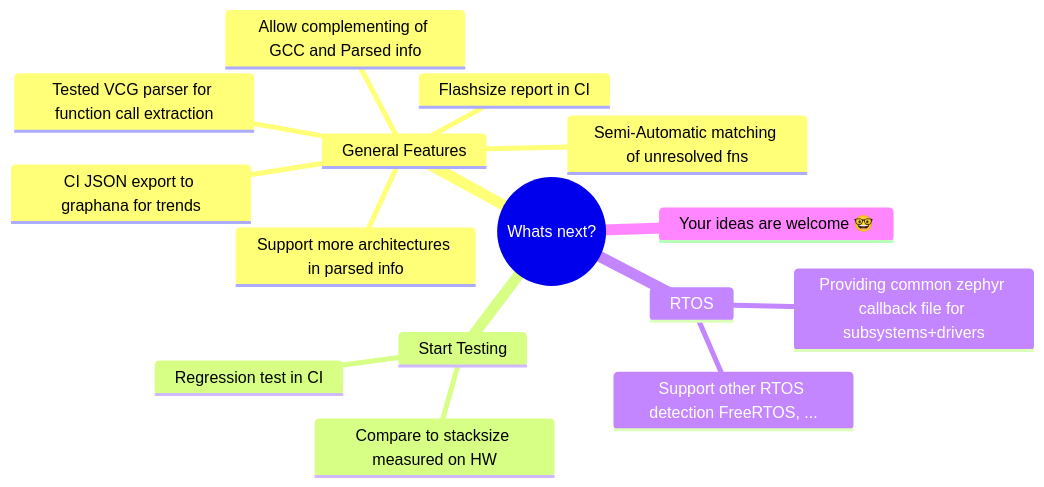
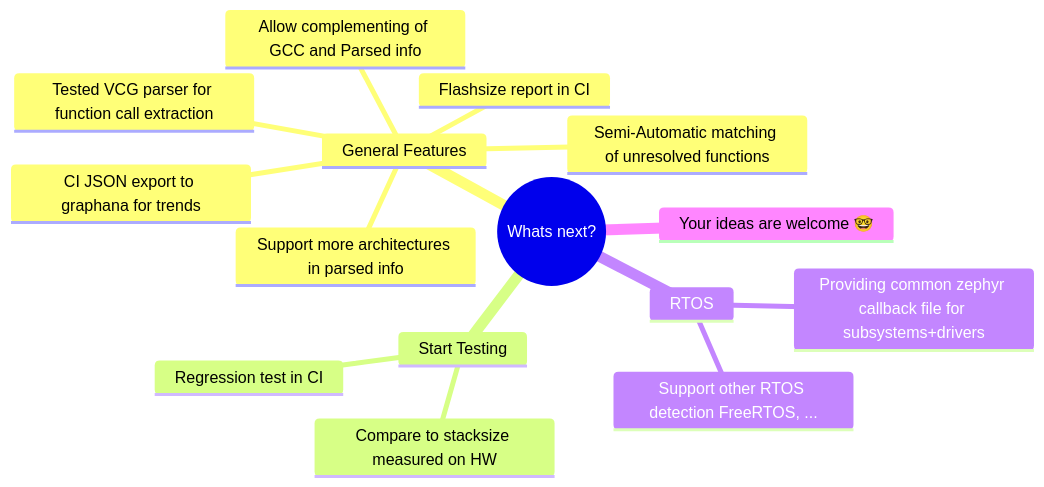
The fourth of 4 diagrams in pages/02_howToStackEstimation.md (paulwuertz/static_firmware_analysis_presentations_slides), drawn with Mermaid before and after one commit. The commit also changed other lines of this file and 4 other files, not shown here.

````diff
--- a/pages/02_howToStackEstimation.md
+++ b/pages/02_howToStackEstimation.md
@@ -388,20 +499,20 @@
 ```mermaid
 mindmap
   root((Whats next?))
     General Features
       Flashsize report in CI
-      Semi-Automatic matching of unresolved fns
+      Semi-Automatic matching of unresolved functions
       Tested VCG parser for function call extraction
       CI JSON export to graphana for trends
       Allow complementing of GCC and Parsed info
       Support more architectures in parsed info
     Start Testing
       Regression test in CI
       Compare to stacksize measured on HW
     RTOS
       Providing common zephyr callback file for subsystems+drivers
       Support other RTOS detection FreeRTOS, ...
     Your ideas are welcome 🤓
 
 
 ```
````
